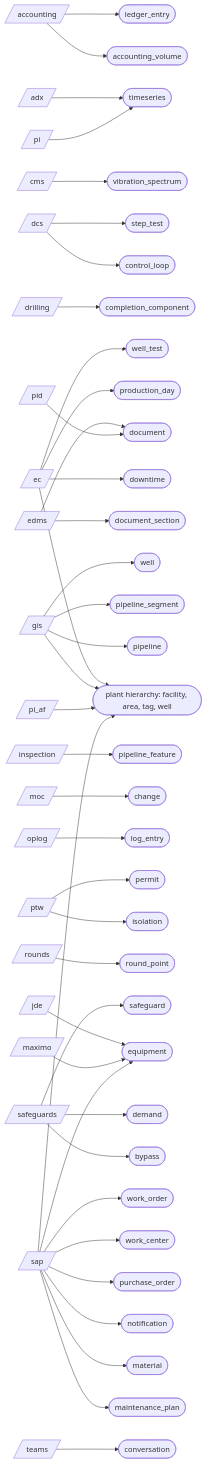
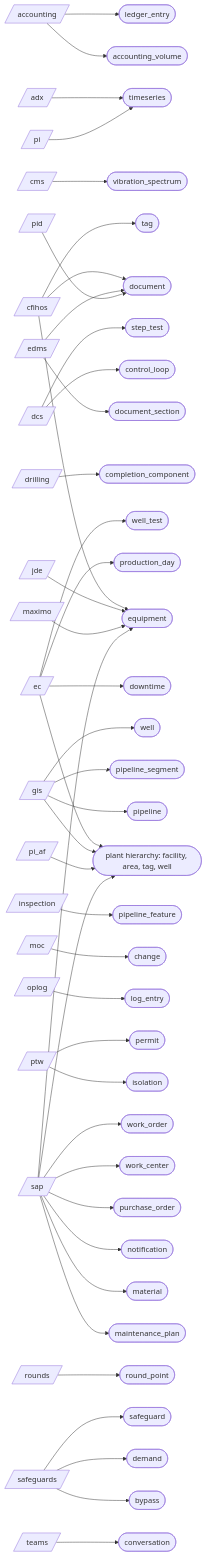
Before and after one commit to areed145/fuzer: the second of 3 diagrams in docs/architecture.md, drawn with Mermaid. The commit also changed 15 other files, not shown here.

First line of the commit message:
Read a CFIHOS engineering handover into tags, equipment, classes and documents (#63) (#943)

```diff
--- a/docs/architecture.md
+++ b/docs/architecture.md
@@ -81,6 +81,7 @@
 flowchart LR
   src_accounting[/"accounting"/]
   src_adx[/"adx"/]
+  src_cfihos[/"cfihos"/]
   src_cms[/"cms"/]
   src_dcs[/"dcs"/]
   src_drilling[/"drilling"/]
@@ -127,6 +128,7 @@
   kind_round_point(["round_point"])
   kind_safeguard(["safeguard"])
   kind_step_test(["step_test"])
+  kind_tag(["tag"])
   kind_timeseries(["timeseries"])
   kind_vibration_spectrum(["vibration_spectrum"])
   kind_well(["well"])
@@ -136,6 +138,9 @@
   src_accounting --> kind_accounting_volume
   src_accounting --> kind_ledger_entry
   src_adx --> kind_timeseries
+  src_cfihos --> kind_document
+  src_cfihos --> kind_equipment
+  src_cfihos --> kind_tag
   src_cms --> kind_vibration_spectrum
   src_dcs --> kind_control_loop
   src_dcs --> kind_step_test
```
